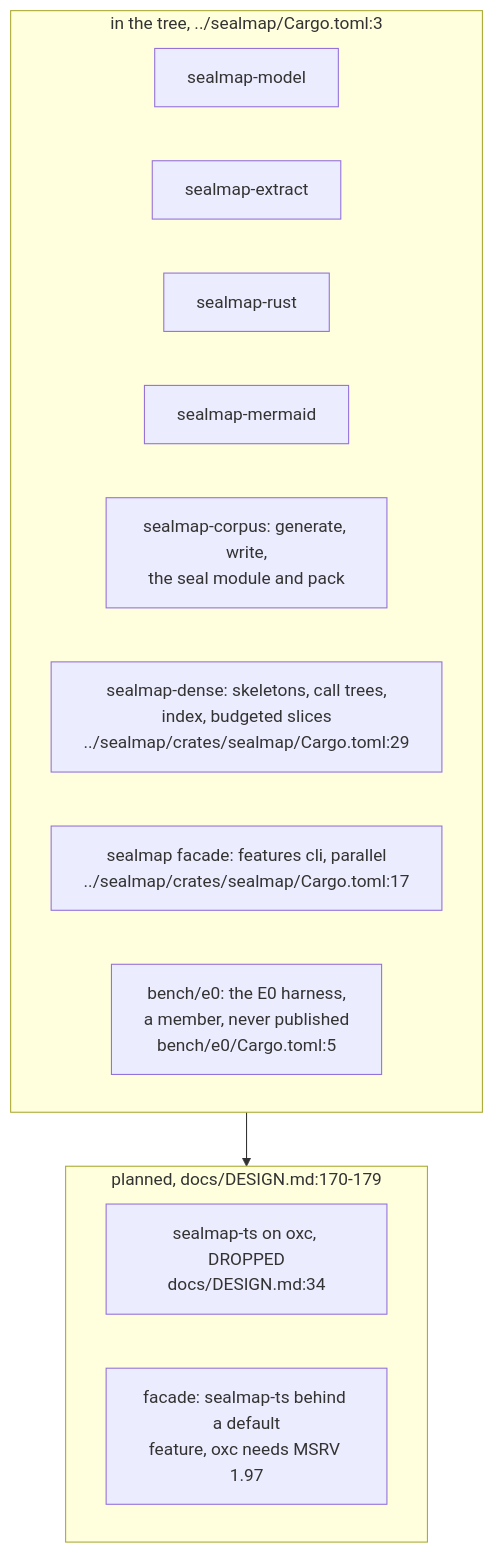
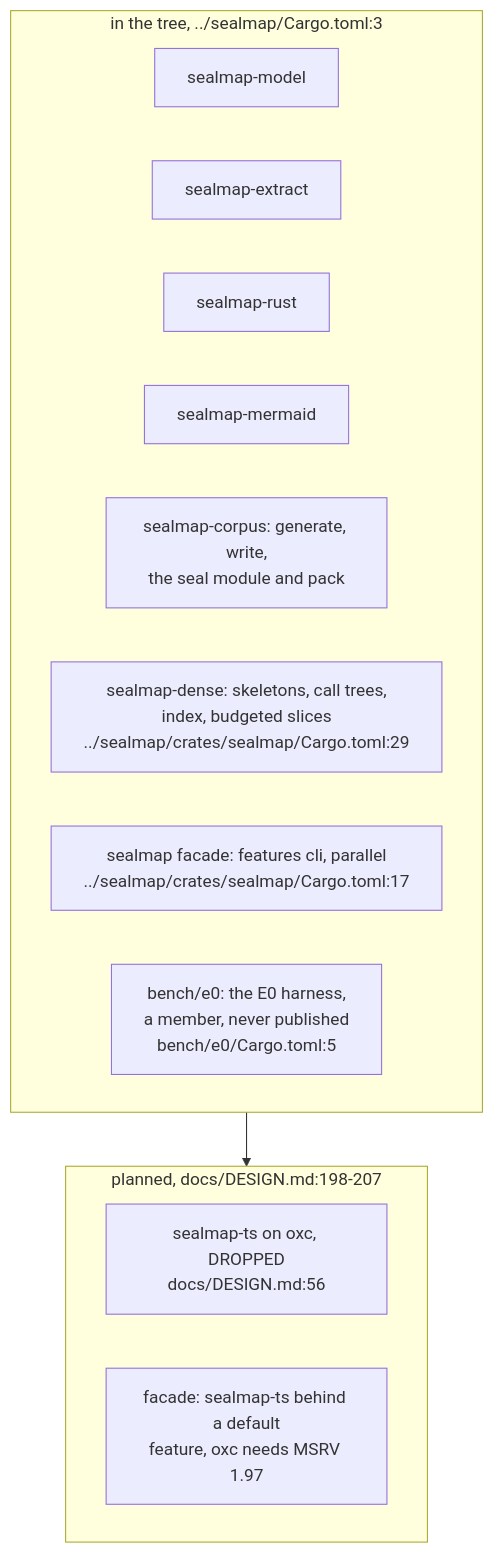
One commit to DreamLab-AI/VisionFlow changed the fifth of 6 diagrams in docs/diagrams/sealmap/20-design-versus-code.md. Above: the diagram before and after it, drawn with Mermaid. The commit also changed other lines of this file and 59 other files, not shown here.

First line of the commit message:
docs(diagrams): re-derive and re-stamp forum, website, pod, ontomark and sealmap topics

````diff
--- a/docs/diagrams/sealmap/20-design-versus-code.md
+++ b/docs/diagrams/sealmap/20-design-versus-code.md
@@ -218,18 +223,18 @@
 ```mermaid
 flowchart TB
     subgraph HAVE["in the tree, ../sealmap/Cargo.toml:3"]
         H1["sealmap-model"]
         H2["sealmap-extract"]
         H3["sealmap-rust"]
         H4["sealmap-mermaid"]
         H5["sealmap-corpus: generate, write,<br/>the seal module and pack"]
         H7["sealmap-dense: skeletons, call trees,<br/>index, budgeted slices<br/>../sealmap/crates/sealmap/Cargo.toml:29"]
         H6["sealmap facade: features cli, parallel<br/>../sealmap/crates/sealmap/Cargo.toml:17"]
         H8["bench/e0: the E0 harness,<br/>a member, never published<br/>bench/e0/Cargo.toml:5"]
     end
-    subgraph PLANNED["planned, docs/DESIGN.md:170-179"]
-        P3["sealmap-ts on oxc, DROPPED<br/>docs/DESIGN.md:34"]
+    subgraph PLANNED["planned, docs/DESIGN.md:198-207"]
+        P3["sealmap-ts on oxc, DROPPED<br/>docs/DESIGN.md:56"]
         P4["facade: sealmap-ts behind a default<br/>feature, oxc needs MSRV 1.97"]
     end
     HAVE --> PLANNED
 ```
````
